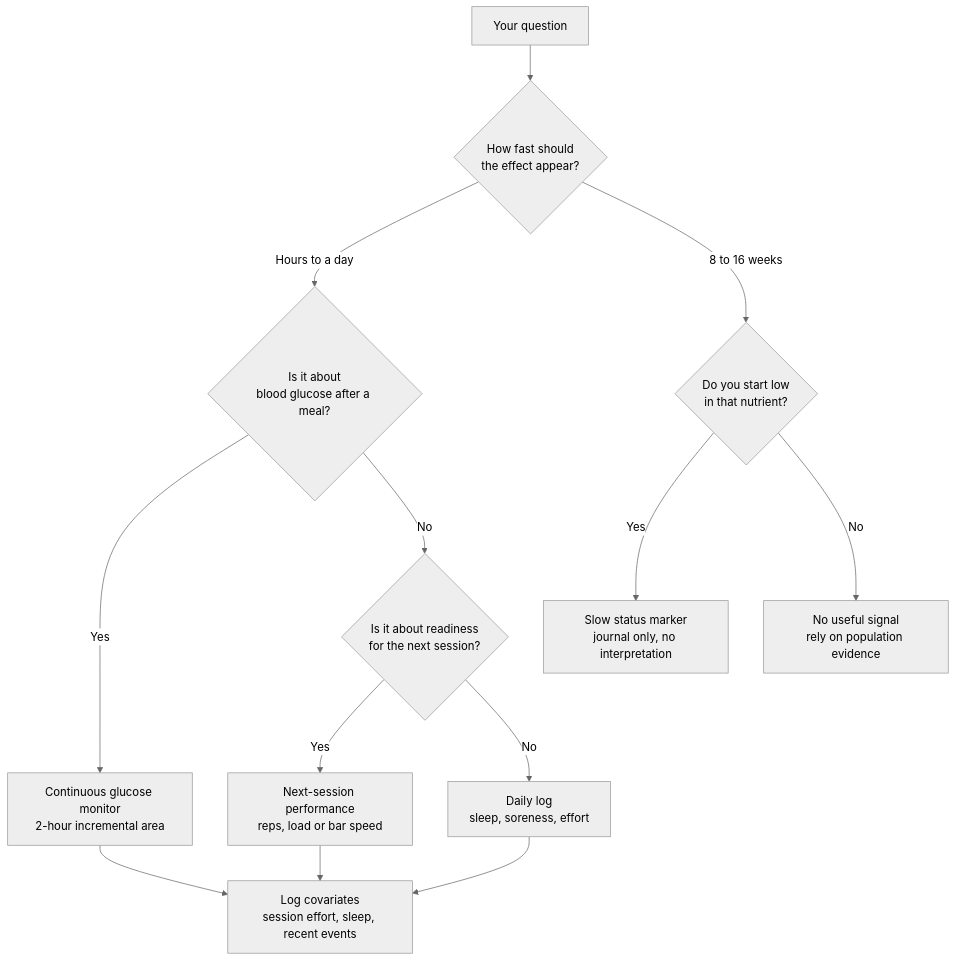
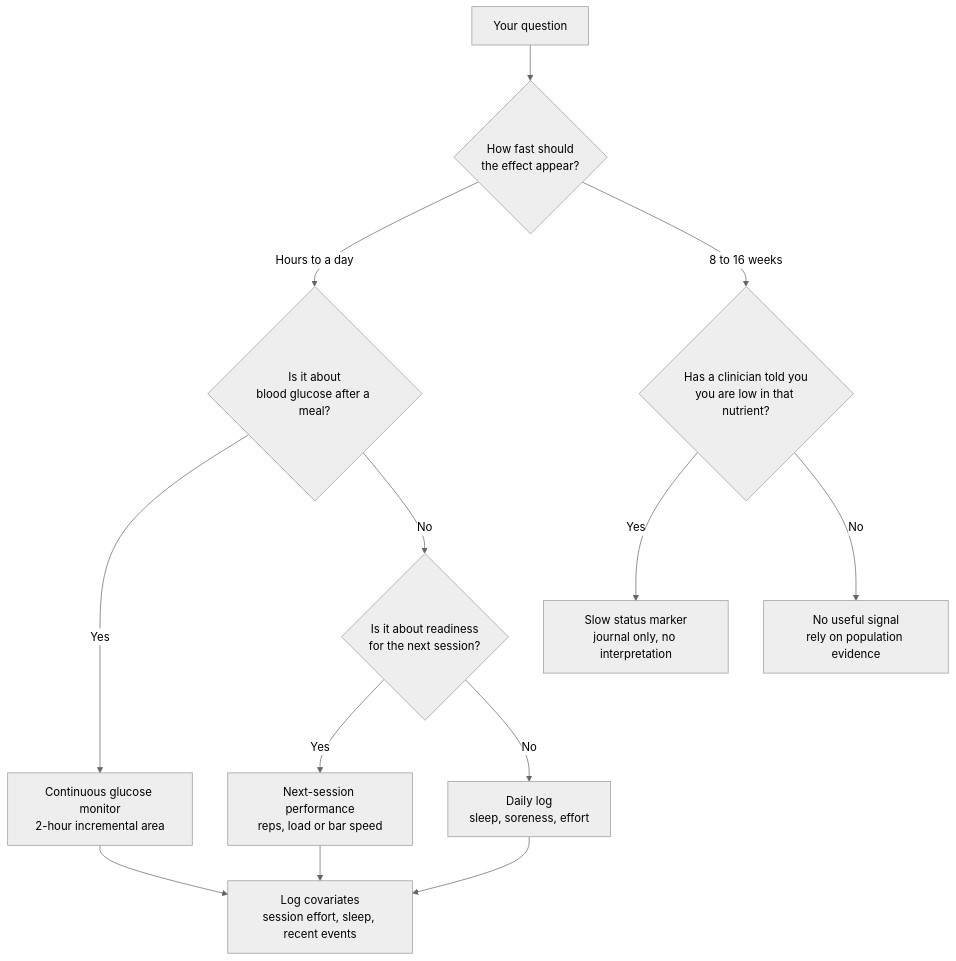
The first of 5 diagrams in docs/science/measurement.md (dev-nobytes-io/Grocy-Bioavaiability-and-Interactions-Reccomendation-Engine), drawn with Mermaid (neutral theme) before and after one commit. The commit also changed other lines of this file and 18 other files, not shown here.

````diff
--- a/docs/science/measurement.md
+++ b/docs/science/measurement.md
@@ -43,15 +43,15 @@
 ```mermaid
 flowchart TD
   Q["Your question"] --> T{"How fast should<br/>the effect appear?"}
   T -- "Hours to a day" --> K{"Is it about<br/>blood glucose after a meal?"}
   K -- Yes --> CGM["Continuous glucose monitor<br/>2-hour incremental area"]
   K -- No --> R{"Is it about readiness<br/>for the next session?"}
   R -- Yes --> P["Next-session performance<br/>reps, load or bar speed"]
   R -- No --> S["Daily log<br/>sleep, soreness, effort"]
-  T -- "8 to 16 weeks" --> L{"Do you start low<br/>in that nutrient?"}
+  T -- "8 to 16 weeks" --> L{"Has a clinician told you<br/>you are low in that nutrient?"}
   L -- Yes --> B["Slow status marker<br/>journal only, no interpretation"]
   L -- No --> N["No useful signal<br/>rely on population evidence"]
   P --> C["Log covariates<br/>session effort, sleep, recent events"]
   S --> C
   CGM --> C
 ```
````
